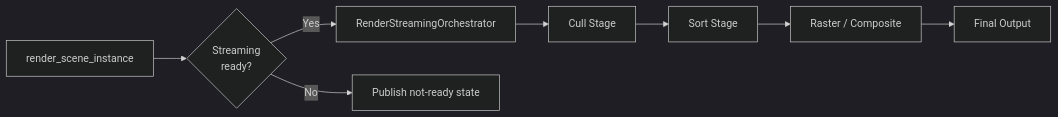
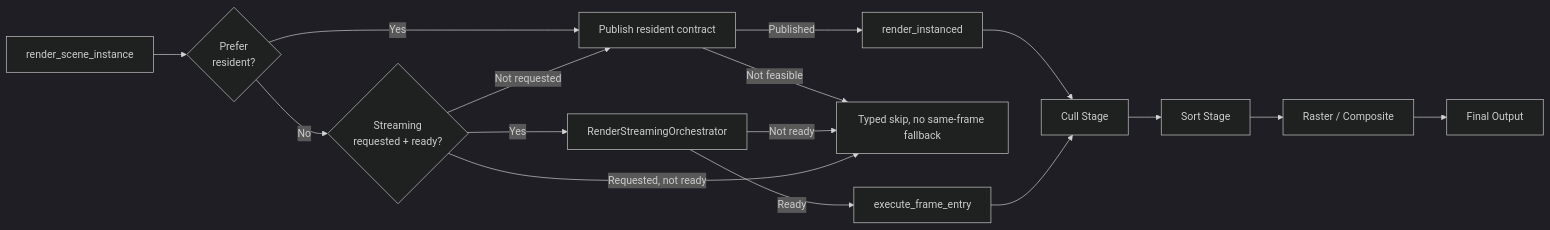
The diagram in docs/architecture/render-pipeline.md (klausi3D/godotGS), drawn with Mermaid (dark theme) before and after one commit. The commit also changed other lines of this file and 14 other files, not shown here.

First line of the commit message:
docs(architecture): bring the architecture docs back in line with the code

````diff
--- a/docs/architecture/render-pipeline.md
+++ b/docs/architecture/render-pipeline.md
@@ -21,10 +24,18 @@
 ```mermaid
 flowchart LR
-    Entry[render_scene_instance] --> Route{Streaming<br/>ready?}
-    Route -- Yes --> Stream[RenderStreamingOrchestrator]
-    Route -- No --> NotReady[Publish not-ready state]
-    Stream --> Cull[Cull Stage]
+    Entry[render_scene_instance] --> Plan{Prefer<br/>resident?}
+    Plan -- Yes --> Resident[Publish resident contract]
+    Resident -- Published --> Inst[render_instanced]
+    Inst --> Cull[Cull Stage]
+    Resident -- Not feasible --> Skip[Typed skip, no same-frame fallback]
+    Plan -- No --> Stream{Streaming<br/>requested + ready?}
+    Stream -- Yes --> StreamOrch[RenderStreamingOrchestrator]
+    StreamOrch -- Ready --> Entry2[execute_frame_entry]
+    Entry2 --> Cull
+    StreamOrch -- Not ready --> Skip
+    Stream -- Requested, not ready --> Skip
+    Stream -- Not requested --> Resident
     Cull --> Sort[Sort Stage]
     Sort --> Raster[Raster / Composite]
     Raster --> Output[Final Output]
 ```
````
